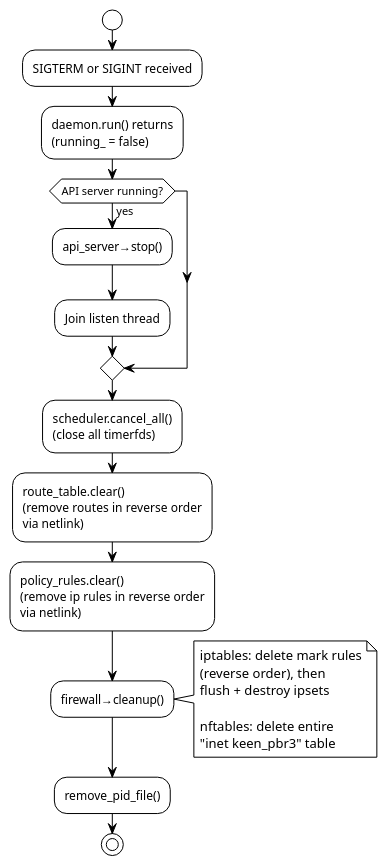
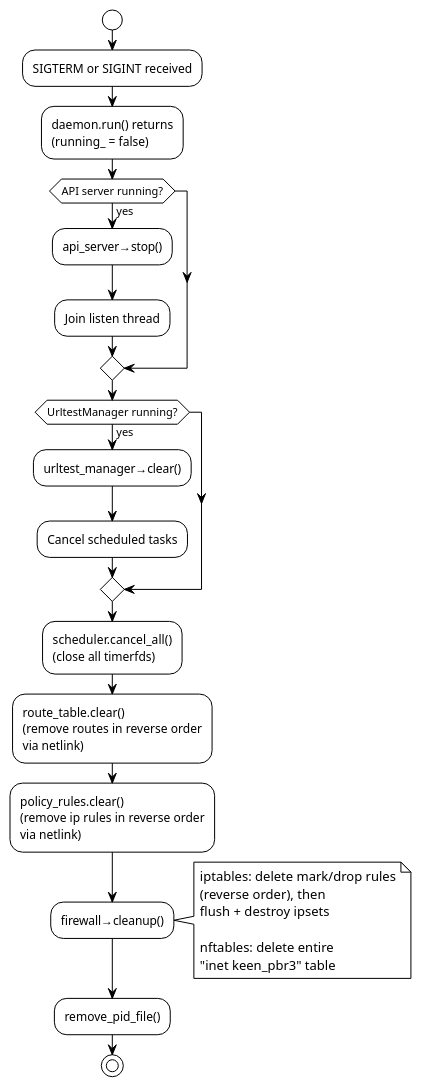
Before and after one commit to maksimkurb/keen-pbr: diagram 12 of 16 in STATE.md, drawn with PlantUML. The commit also changed other lines of this file and 5 other files, not shown here.

````diff
--- a/STATE.md
+++ b/STATE.md
@@ -1107,35 +1291,40 @@
 ```plantuml
 @startuml shutdown
 !theme plain
 skinparam backgroundColor white
 
 start
 :SIGTERM or SIGINT received;
 :daemon.run() returns\n(running_ = false);
 
 if (API server running?) then (yes)
   :api_server→stop();
   :Join listen thread;
 endif
 
+if (UrltestManager running?) then (yes)
+  :urltest_manager→clear();
+  :Cancel scheduled tasks;
+endif
+
 :scheduler.cancel_all()\n(close all timerfds);
 
 :route_table.clear()\n(remove routes in reverse order\nvia netlink);
 
 :policy_rules.clear()\n(remove ip rules in reverse order\nvia netlink);
 
 :firewall→cleanup();
 note right
-  iptables: delete mark rules
+  iptables: delete mark/drop rules
   (reverse order), then
   flush + destroy ipsets
 
   nftables: delete entire
   "inet keen_pbr3" table
 end note
 
 :remove_pid_file();
 
 stop
 @enduml
 ```
````
